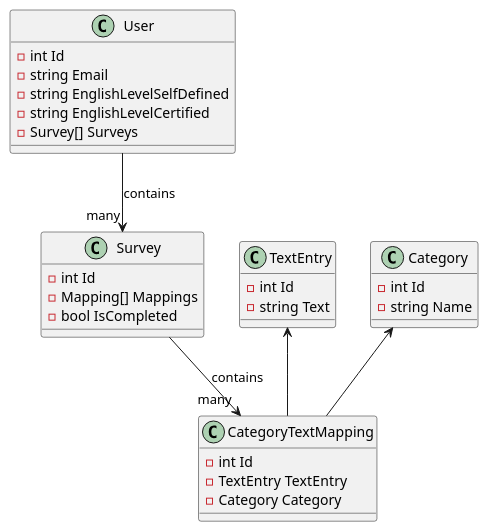
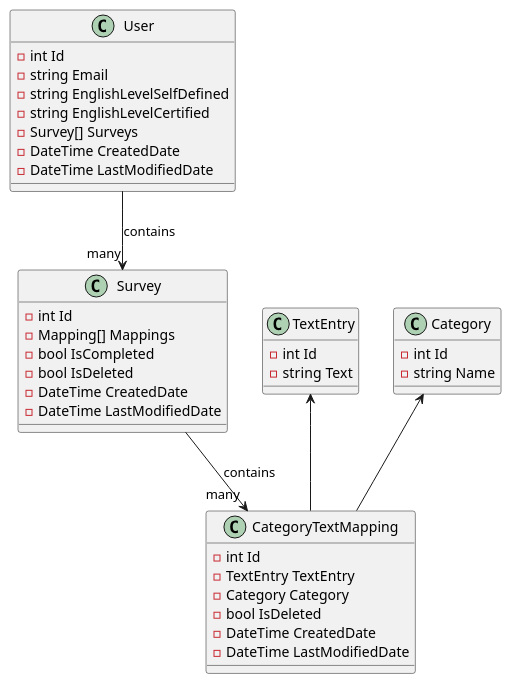
One commit to malaclypse/SurveyApp changed the diagram in docs/data_diagram.wsd. Above: the diagram before and after it, drawn with PlantUML.

Commit message:
Add date and isDelete fields to data models.

```diff
--- a/docs/data_diagram.wsd
+++ b/docs/data_diagram.wsd
@@ -1,36 +1,44 @@
 @startuml DataModel
 class User {
    -int Id
    -string Email
    -string EnglishLevelSelfDefined
    -string EnglishLevelCertified
    -Survey[] Surveys
+   -DateTime CreatedDate
+   -DateTime LastModifiedDate
 }
 
 class Survey{
    -int Id
    -Mapping[] Mappings
    -bool IsCompleted
+   -bool IsDeleted
+   -DateTime CreatedDate
+   -DateTime LastModifiedDate
 }
 
 class CategoryTextMapping {
    -int Id
    -TextEntry TextEntry
    -Category Category
+   -bool IsDeleted
+   -DateTime CreatedDate
+   -DateTime LastModifiedDate
 }
 
 class TextEntry {
    -int Id
    -string Text
 }
 
 class Category {
    -int Id
    -string Name
 }
 
 User --> "many" Survey : contains
 Survey --> "many" CategoryTextMapping : contains
 TextEntry <-- CategoryTextMapping
 Category <-- CategoryTextMapping
 @enduml
```
